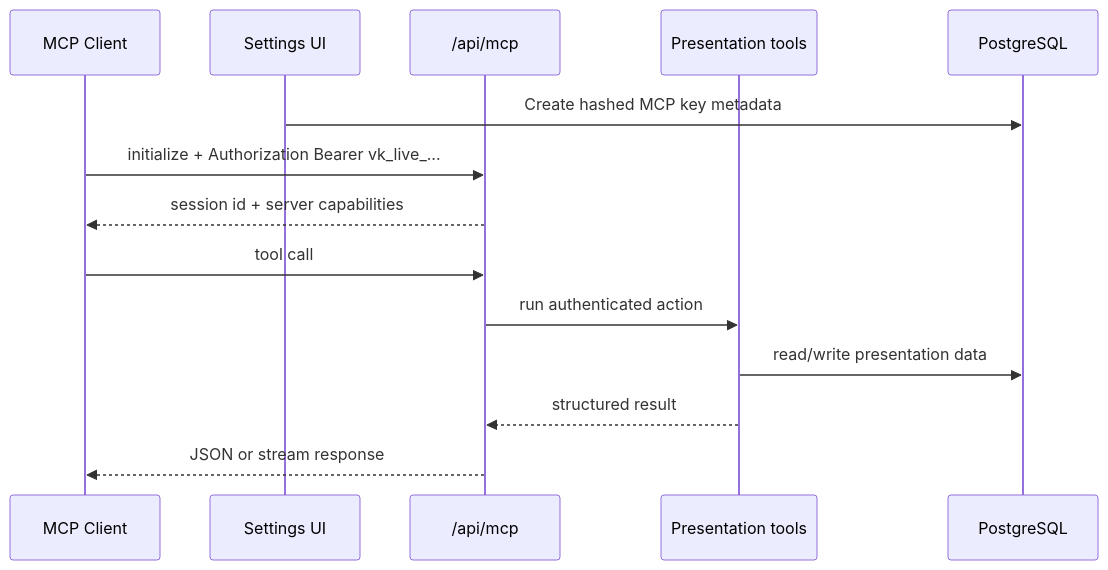
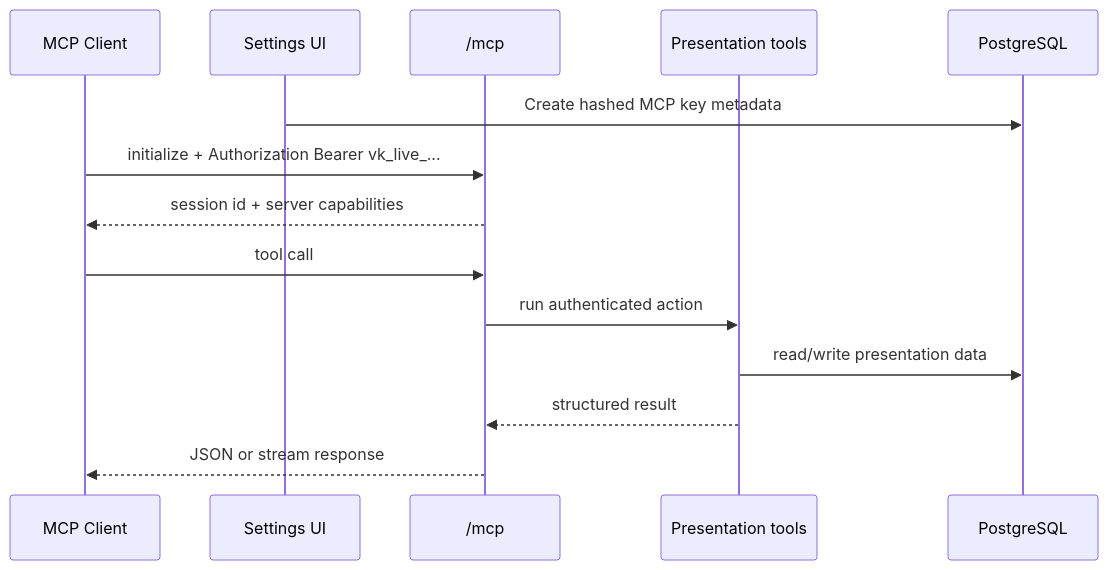
The third of 4 diagrams in README.md (aditya-deokar/pptmaker), drawn with Mermaid before and after one commit. The commit also changed other lines of this file and 44 other files, not shown here.

````diff
--- a/README.md
+++ b/README.md
@@ -127,17 +127,17 @@
 ```mermaid
 sequenceDiagram
     participant Client as MCP Client
     participant Settings as Settings UI
-    participant MCP as /api/mcp
+    participant MCP as /mcp
     participant Tools as Presentation tools
     participant DB as PostgreSQL
 
     Settings->>DB: Create hashed MCP key metadata
     Client->>MCP: initialize + Authorization Bearer vk_live_...
     MCP-->>Client: session id + server capabilities
     Client->>MCP: tool call
     MCP->>Tools: run authenticated action
     Tools->>DB: read/write presentation data
     Tools-->>MCP: structured result
     MCP-->>Client: JSON or stream response
 ```
````
